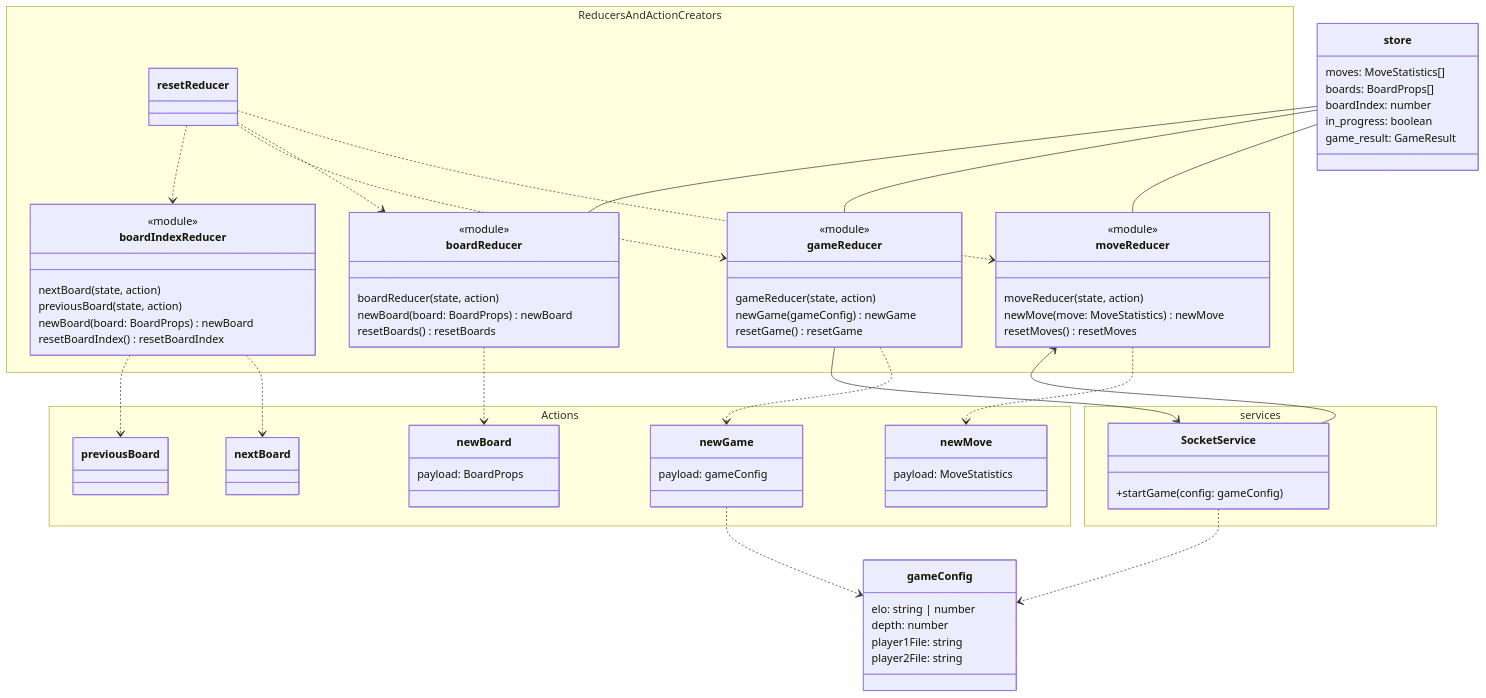
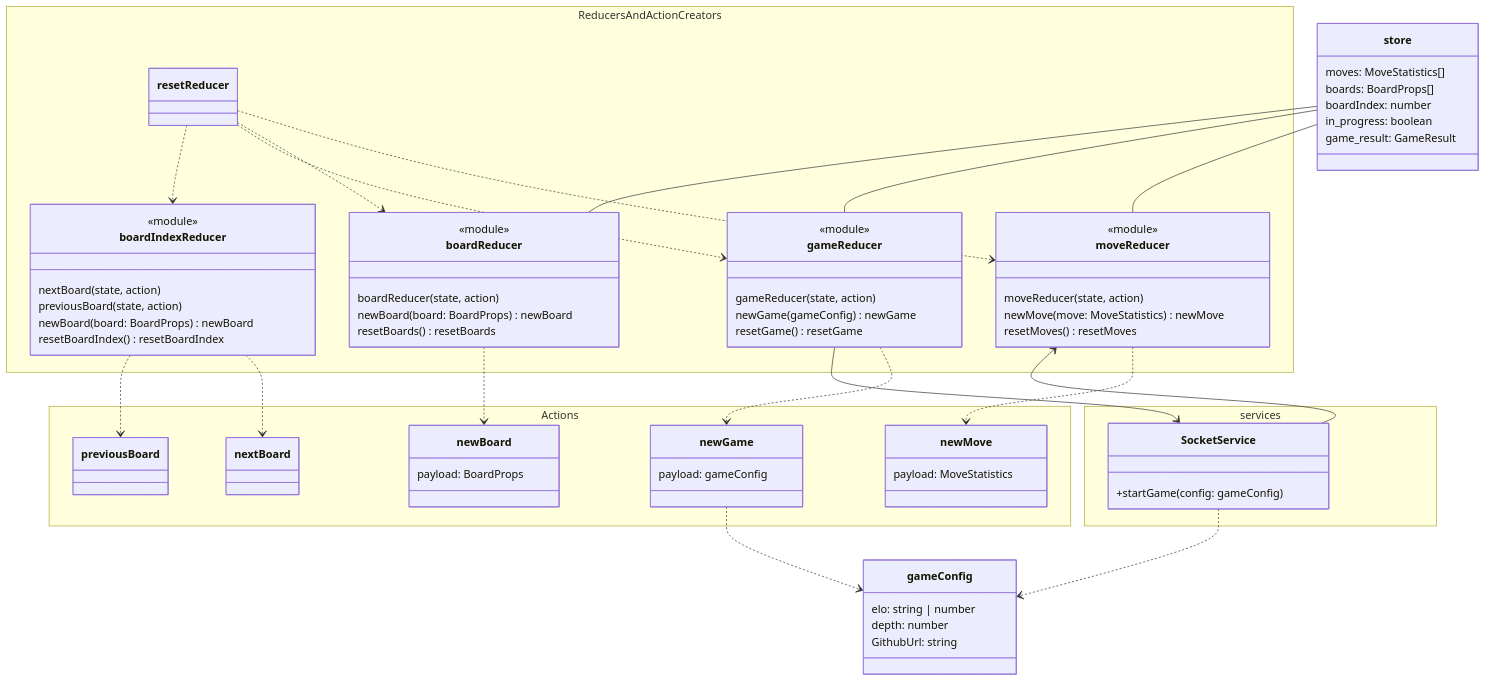
Before and after one commit to game-ai-platform-team/tira-ai-platform: the fifth of 5 diagrams in docs/architecture.md, drawn with Mermaid. The commit also changed other lines of this file and 1 other file, not shown here.

```diff
--- a/docs/architecture.md
+++ b/docs/architecture.md
@@ -269,8 +272,7 @@
 class gameConfig {
     elo: string | number
     depth: number
-    player1File: string
-    player2File: string
+    GithubUrl: string 
 }
 
 class store {
```
